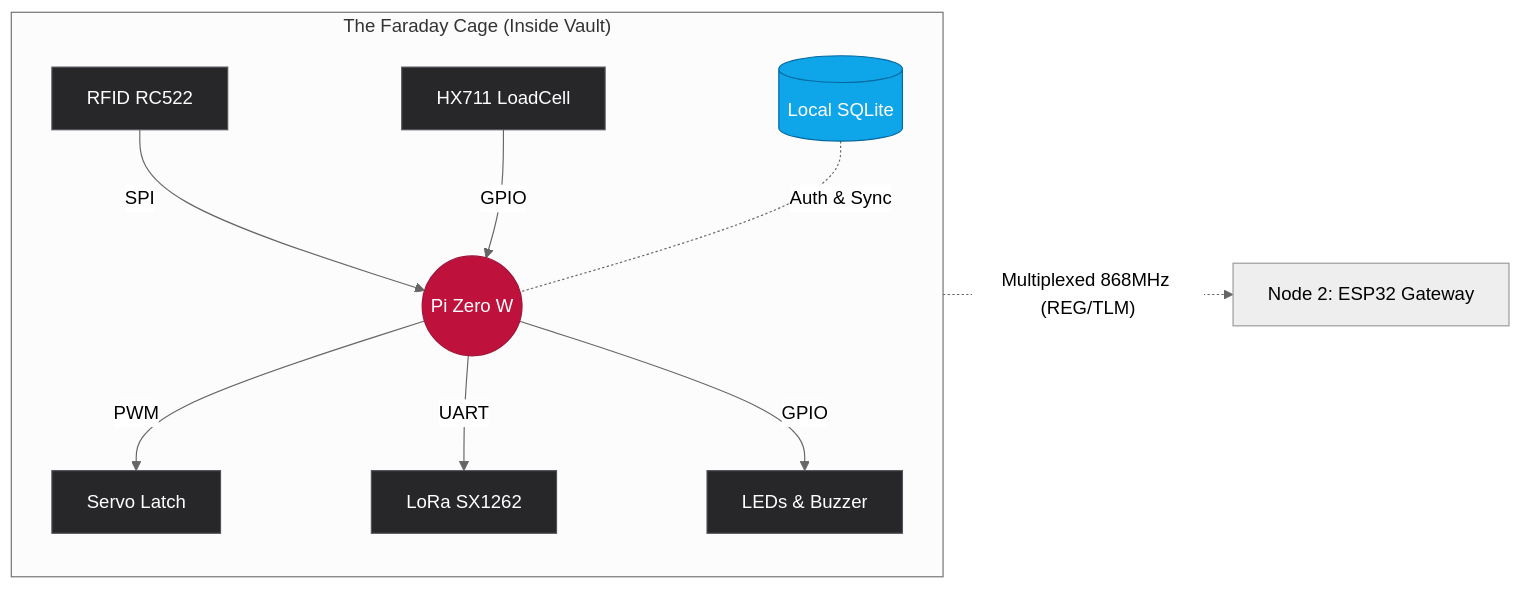
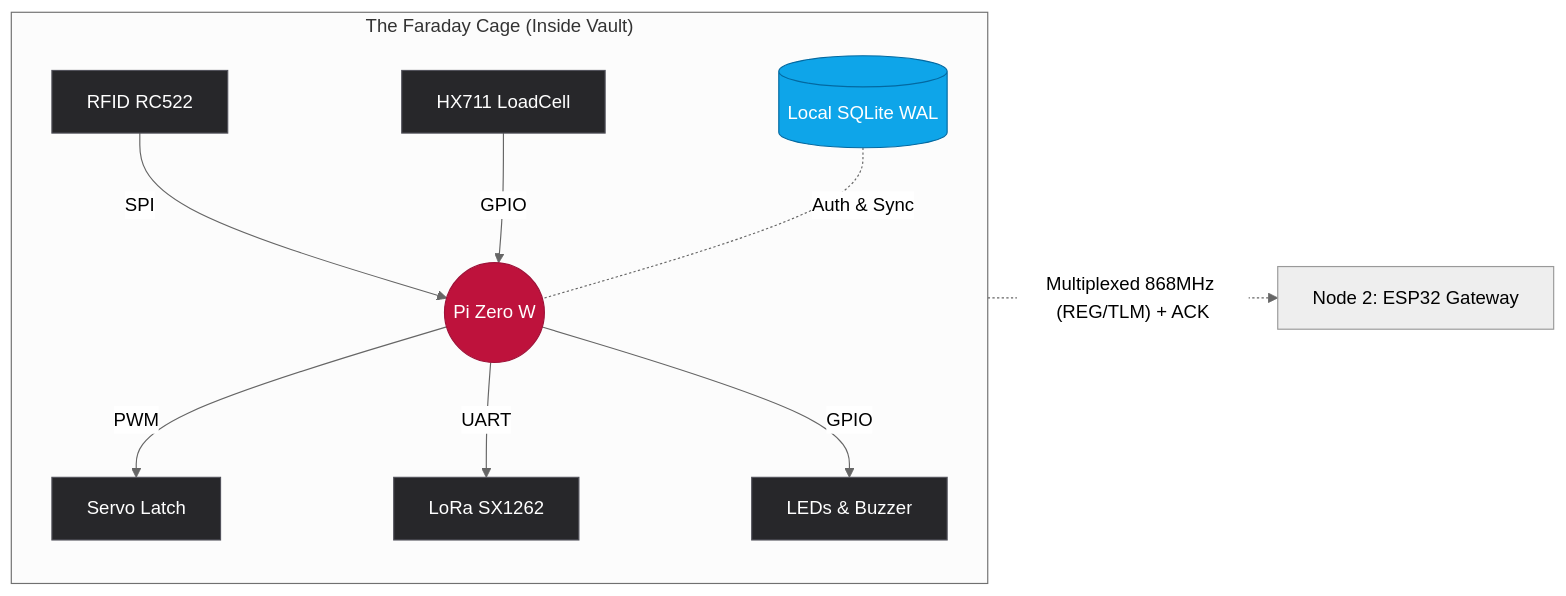
One commit to myebiez/loravault-workspace changed the diagram in 1_pi_zero_node/README.md. Above: the diagram before and after it, drawn with Mermaid (neutral theme). The commit also changed other lines of this file, not shown here.

First line of the commit message:
docs(core): overhaul Node 1 README to reflect final hardware pinouts and SSOT features

````diff
--- a/1_pi_zero_node/README.md
+++ b/1_pi_zero_node/README.md
@@ -33,21 +35,21 @@
 ```mermaid
 graph LR
     subgraph "The Faraday Cage (Inside Vault)"
         direction TB
         RFID[RFID RC522] -- "SPI" --> Core((Pi Zero W))
         Scale[HX711 LoadCell] -- "GPIO" --> Core
         Core -- "PWM" --> Lock[Servo Latch]
         Core -- "UART" --> LoRa[LoRa SX1262]
         Core -- "GPIO" --> DOET[LEDs & Buzzer]
-        DB[(Local SQLite)] -. "Auth & Sync" .- Core
+        DB[(Local SQLite WAL)] -. "Auth & Sync" .- Core
     end
-    LoRa -. "Multiplexed 868MHz (REG/TLM)" .-> Ext[Node 2: ESP32 Gateway]
+    LoRa -. "Multiplexed 868MHz (REG/TLM) + ACK" .-> Ext[Node 2: ESP32 Gateway]
     
     classDef hardware fill:#27272a,stroke:#52525b,color:#fff;
     classDef core fill:#be123c,stroke:#9f1239,color:#fff;
     classDef db fill:#0ea5e9,stroke:#0369a1,color:#fff;
     class RFID,Scale,Lock,LoRa,DOET hardware;
     class Core core;
     class DB db;
 
 ```
````
